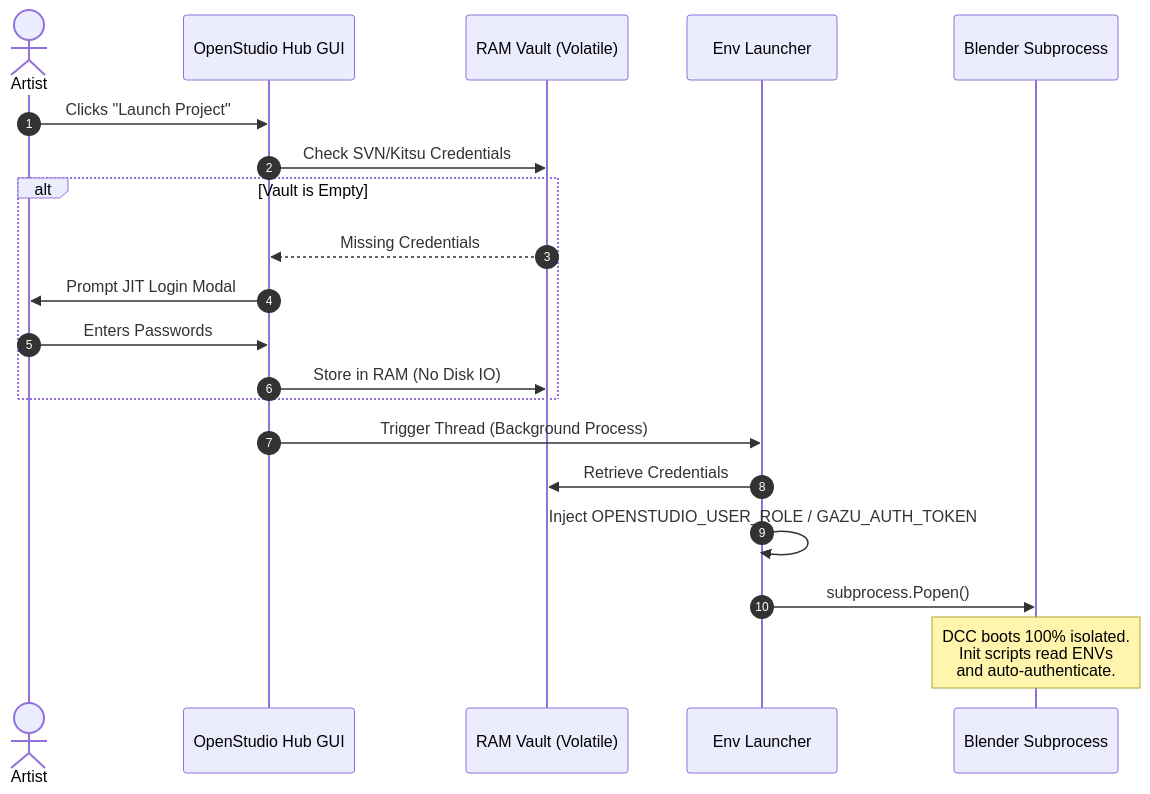
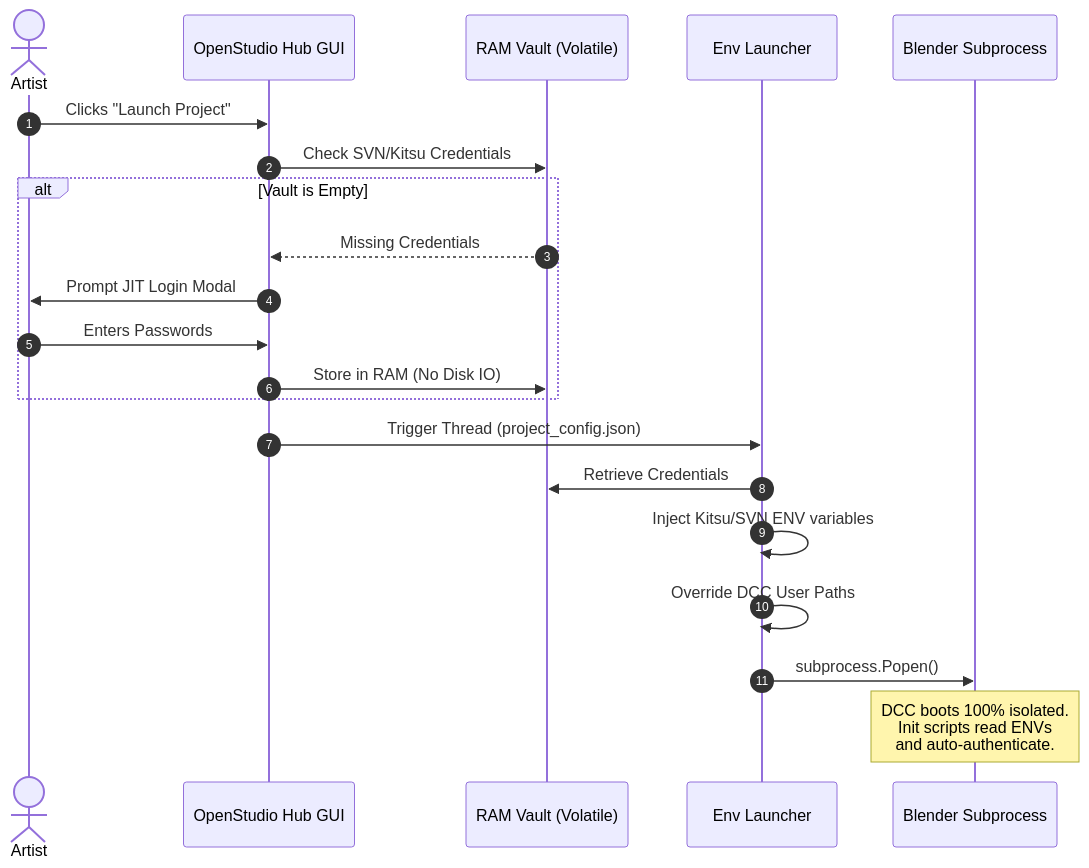
One commit to 3dvm/openstudio-hub changed the second of 2 diagrams in README.md. Above: the diagram before and after it, drawn with Mermaid. The commit also changed other lines of this file and 11 other files, not shown here.

````diff
--- a/README.md
+++ b/README.md
@@ -82,27 +81,28 @@
 ```mermaid
 sequenceDiagram
     autonumber
     actor Artist
     participant UI as OpenStudio Hub GUI
     participant Vault as RAM Vault (Volatile)
     participant Core as Env Launcher
     participant DCC as Blender Subprocess
 
     Artist->>UI: Clicks "Launch Project"
     UI->>Vault: Check SVN/Kitsu Credentials
     
     alt Vault is Empty
         Vault-->>UI: Missing Credentials
         UI->>Artist: Prompt JIT Login Modal
         Artist->>UI: Enters Passwords
         UI->>Vault: Store in RAM (No Disk IO)
     end
     
-    UI->>Core: Trigger Thread (Background Process)
+    UI->>Core: Trigger Thread (project_config.json)
     Core->>Vault: Retrieve Credentials
-    Core->>Core: Inject OPENSTUDIO_USER_ROLE / GAZU_AUTH_TOKEN
+    Core->>Core: Inject Kitsu/SVN ENV variables
+    Core->>Core: Override DCC User Paths
     Core->>DCC: subprocess.Popen()
     
     Note over DCC: DCC boots 100% isolated.<br/>Init scripts read ENVs<br/>and auto-authenticate.
 
 ```
````
